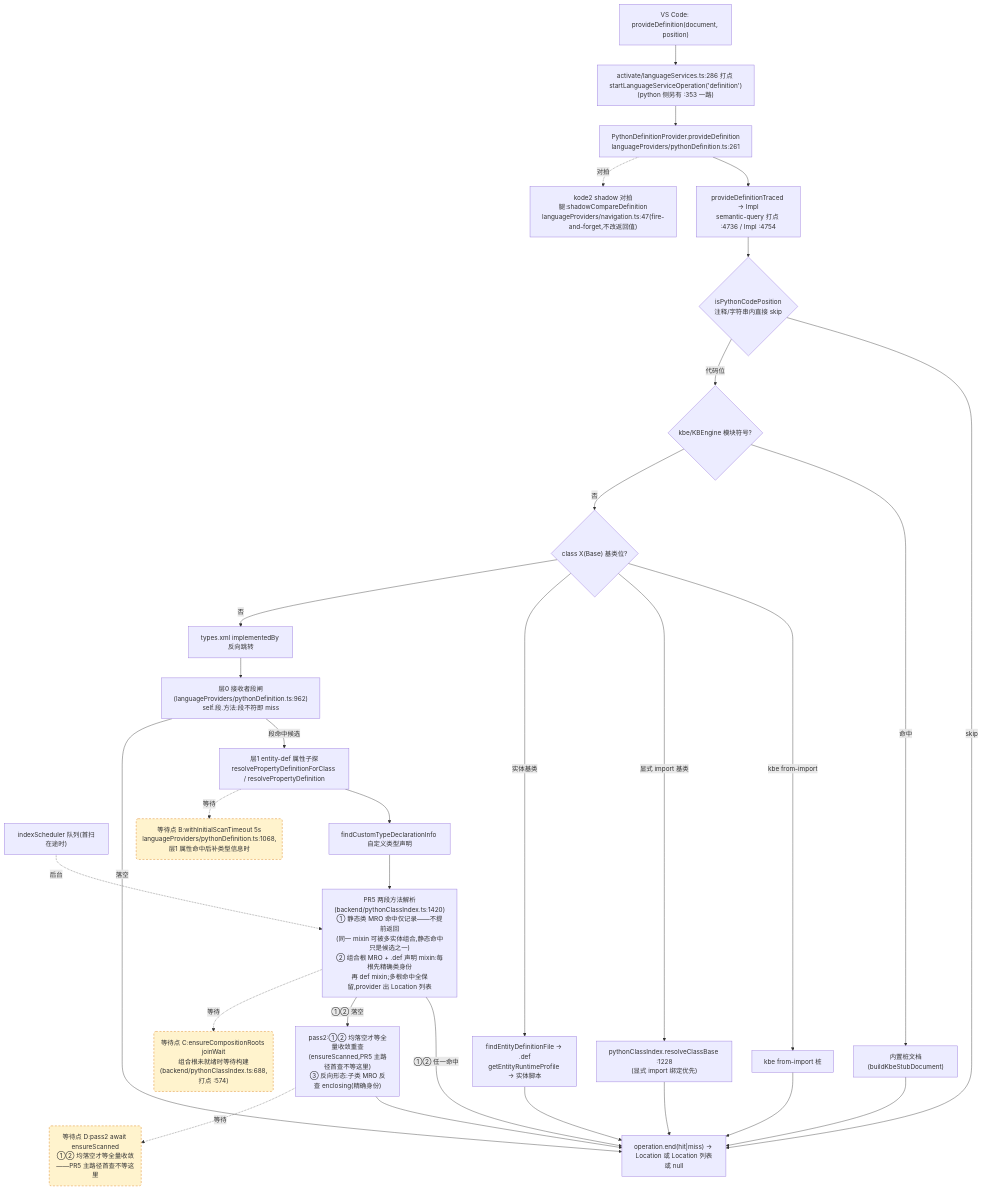
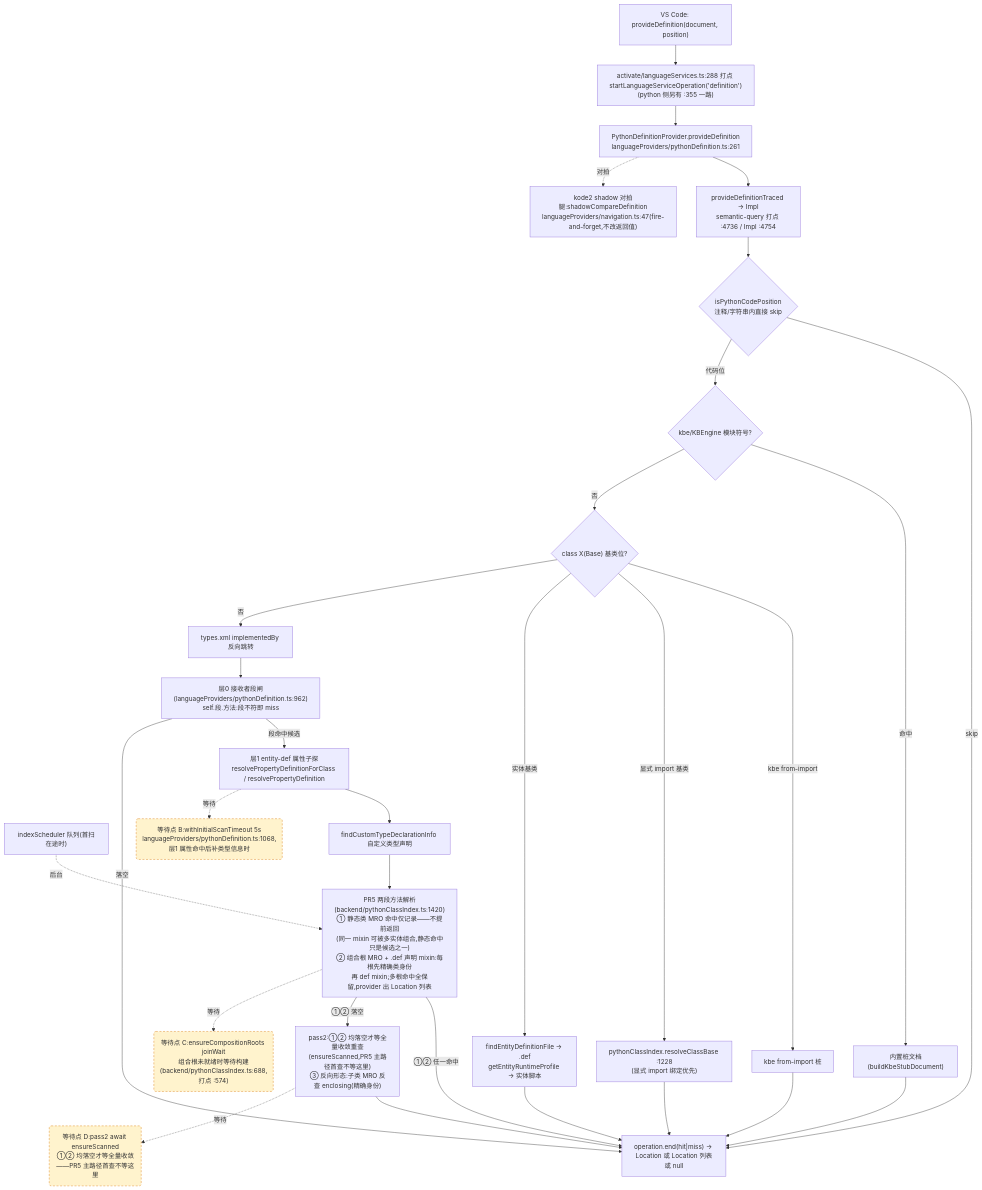
The second of 4 diagrams in docs/perf/2026-baseline.md (cuihairu/kode), drawn with Mermaid before and after one commit. The commit also changed other lines of this file and 23 other files, not shown here.

````diff
--- a/docs/perf/2026-baseline.md
+++ b/docs/perf/2026-baseline.md
@@ -147,51 +148,51 @@
 ```mermaid
 flowchart TD
   VC2["VS Code: provideDefinition(document, position)"]
-  M2["activate/languageServices.ts:286 打点 startLanguageServiceOperation('definition')<br/>(python 侧另有 :353 一路)"]
+  M2["activate/languageServices.ts:288 打点 startLanguageServiceOperation('definition')<br/>(python 侧另有 :355 一路)"]
   AD2["PythonDefinitionProvider.provideDefinition<br/>languageProviders/pythonDefinition.ts:261"]
   TR["provideDefinitionTraced → Impl<br/>semantic-query 打点 :4736 / Impl :4754"]
   CTX{"isPythonCodePosition<br/>注释/字符串内直接 skip"}
   KBE{"kbe/KBEngine 模块符号?"}
   STUB["内置桩文档(buildKbeStubDocument)"]
   CB{"class X(Base) 基类位?"}
   CB1["kbe from-import 桩"]
   CB2["pythonClassIndex.resolveClassBase :1228<br/>(显式 import 绑定优先)"]
   CB3["findEntityDefinitionFile → .def<br/>getEntityRuntimeProfile → 实体脚本"]
   REV["types.xml implementedBy 反向跳转"]
   L0["层0 接收者段闸(languageProviders/pythonDefinition.ts:962)<br/>self.段.方法:段不符即 miss"]
   L1["层1 entity-def 属性子探<br/>resolvePropertyDefinitionForClass / resolvePropertyDefinition"]
   SCAN["indexScheduler 队列(首扫在途时)"]
   TY["findCustomTypeDeclarationInfo 自定义类型声明"]
   MRO["PR5 两段方法解析(backend/pythonClassIndex.ts:1420)<br/>① 静态类 MRO 命中仅记录——不提前返回<br/>(同一 mixin 可被多实体组合,静态命中只是候选之一)<br/>② 组合根 MRO + .def 声明 mixin:每根先精确类身份<br/>再 def mixin;多根命中全保留,provider 出 Location 列表"]
   PASS2["pass2:①② 均落空才等全量收敛重查<br/>(ensureScanned,PR5 主路径首查不等这里)<br/>③ 反向形态:子类 MRO 反查 enclosing(精确身份)"]
   SHD["kode2 shadow 对拍腿:shadowCompareDefinition<br/>languageProviders/navigation.ts:47(fire-and-forget,不改返回值)"]
   END2["operation.end(hit|miss) → Location 或 Location 列表或 null"]
 
   VC2 --> M2 --> AD2 --> TR --> CTX
   CTX -- "skip" --> END2
   CTX -- "代码位" --> KBE
   KBE -- "命中" --> STUB --> END2
   KBE -- "否" --> CB
   CB -- "kbe from-import" --> CB1 --> END2
   CB -- "显式 import 基类" --> CB2 --> END2
   CB -- "实体基类" --> CB3 --> END2
   CB -- "否" --> REV --> L0
   L0 -- "段命中候选" --> L1
   L0 -- "落空" --> END2
   L1 --> TY
   TY --> MRO
   MRO -- "①② 任一命中" --> END2
   MRO -- "①② 落空" --> PASS2 --> END2
   AD2 -.->|对拍| SHD
 
   WAITB("等待点 B:withInitialScanTimeout 5s<br/>languageProviders/pythonDefinition.ts:1068,层1 属性命中后补类型信息时")
   WAITC("等待点 C:ensureCompositionRoots joinWait<br/>组合根未就绪时等待构建(backend/pythonClassIndex.ts:688,打点 :574)")
   WAITD("等待点 D:pass2 await ensureScanned<br/>①② 均落空才等全量收敛——PR5 主路径首查不等这里")
   L1 -.->|等待| WAITB
   MRO -.->|等待| WAITC
   PASS2 -.->|等待| WAITD
   SCAN -.->|后台| MRO
 
   classDef waitPoint fill:#fff3cd,stroke:#d97706,stroke-dasharray:5 4;
   class WAITB,WAITC,WAITD waitPoint;
 ```
````
